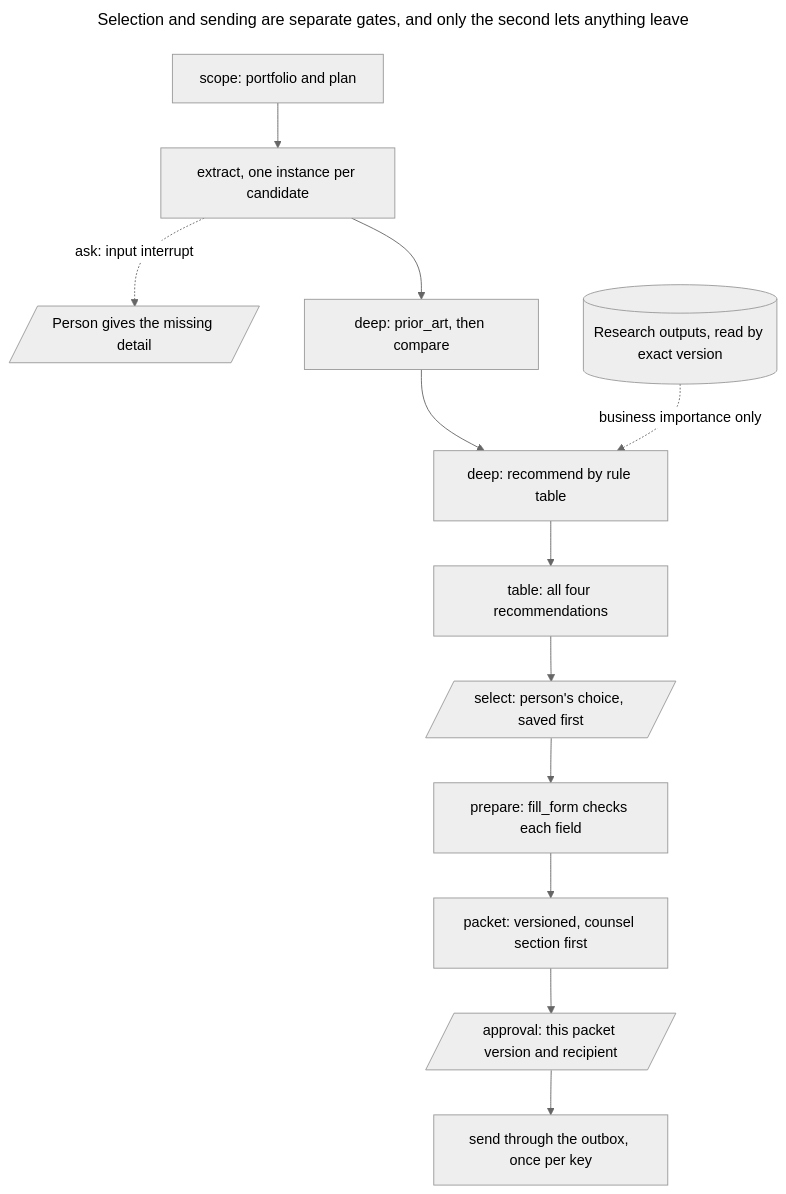
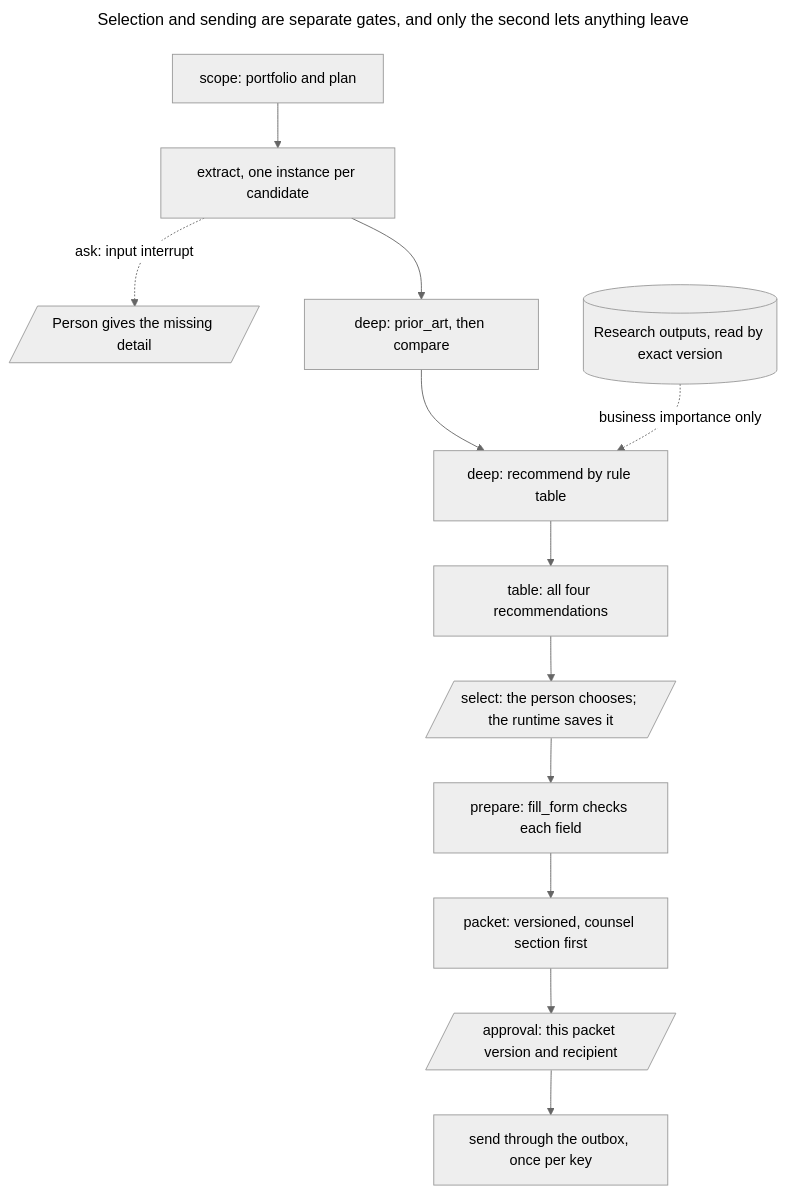
One commit to SaiiPittu/aksha changed the diagram in docs/assignment/04-patent-agent.md. Above: the diagram before and after it, drawn with Mermaid (neutral theme). The commit also changed other lines of this file and 64 other files, not shown here.

First line of the commit message:
The person chooses: select always asks, and the runtime saves the selection from the answer (#120)

````diff
--- a/docs/assignment/04-patent-agent.md
+++ b/docs/assignment/04-patent-agent.md
@@ -74,17 +74,17 @@
 ```mermaid
 ---
 title: Selection and sending are separate gates, and only the second lets anything leave
 ---
 flowchart TB
     SCOPE["scope: portfolio and plan"] --> EXT["extract, one instance per candidate"]
     EXT -.->|"ask: input interrupt"| GAP[/Person gives the missing detail/]
     EXT --> PA["deep: prior_art, then compare"]
     PA --> REC["deep: recommend by rule table"]
     RES[("Research outputs, read by exact version")] -.->|"business importance only"| REC
     REC --> TABLE["table: all four recommendations"]
-    TABLE --> SEL[/"select: person's choice, saved first"/]
+    TABLE --> SEL[/"select: the person chooses; the runtime saves it"/]
     SEL --> FORM["prepare: fill_form checks each field"]
     FORM --> PKT["packet: versioned, counsel section first"]
     PKT --> APP[/"approval: this packet version and recipient"/]
     APP --> OUT["send through the outbox, once per key"]
 ```
````
